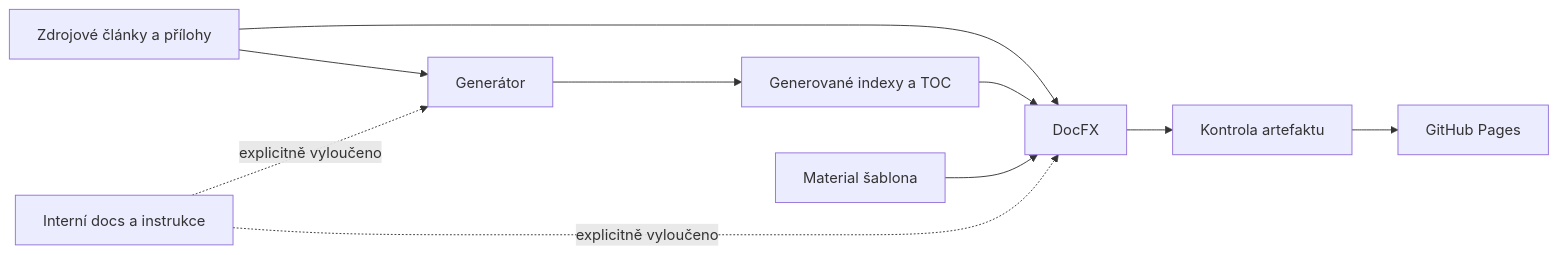
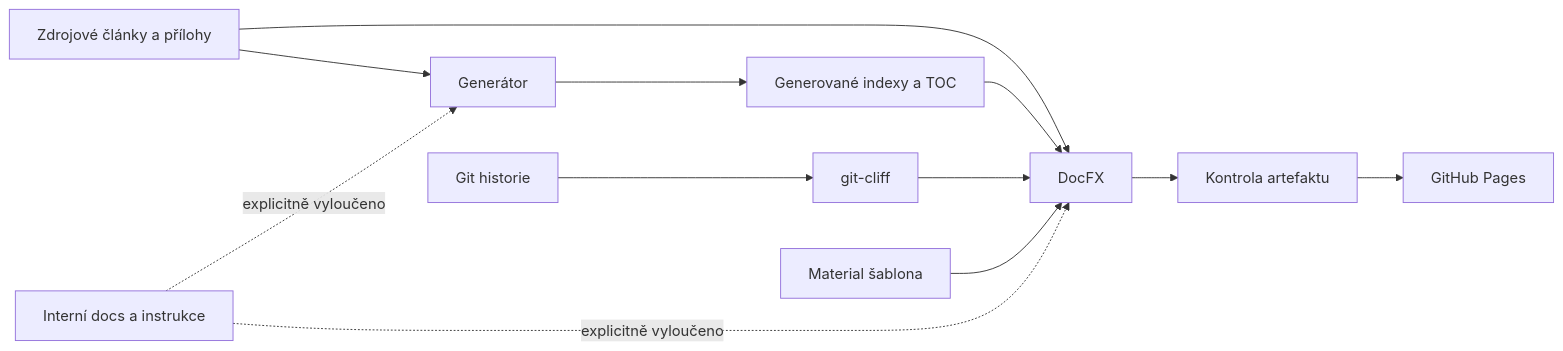
The second of 2 diagrams in docs/architecture/overview.md (HopefulDavid/docs_developer), drawn with Mermaid before and after one commit. The commit also changed other lines of this file and 19 other files, not shown here.

Commit message:
build(changelog): migruj generování na git-cliff

````diff
--- a/docs/architecture/overview.md
+++ b/docs/architecture/overview.md
@@ -85,12 +88,14 @@
 ```mermaid
 flowchart LR
     S[Zdrojové články a přílohy] --> G[Generátor]
     G --> N[Generované indexy a TOC]
+    H[Git historie] --> C[git-cliff]
     S --> D[DocFX]
     N --> D
+    C --> D
     T[Material šablona] --> D
     D --> V[Kontrola artefaktu]
     V --> P[GitHub Pages]
     I[Interní docs a instrukce] -. explicitně vyloučeno .-> G
     I -. explicitně vyloučeno .-> D
 ```
````
